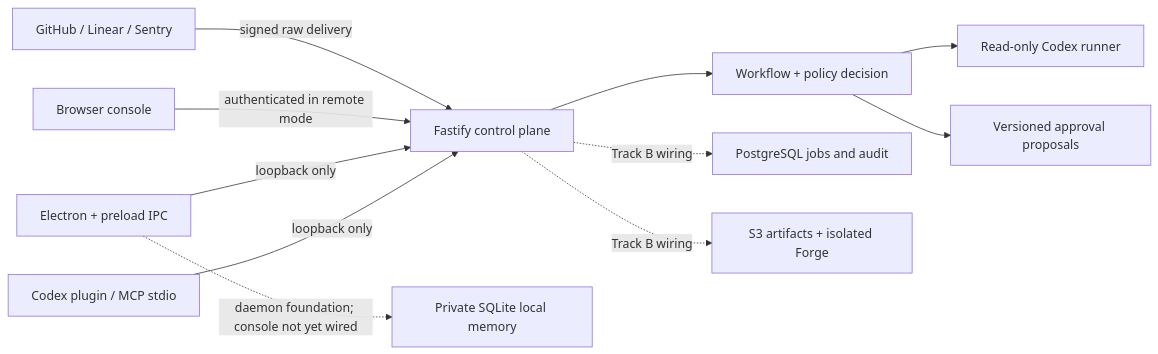
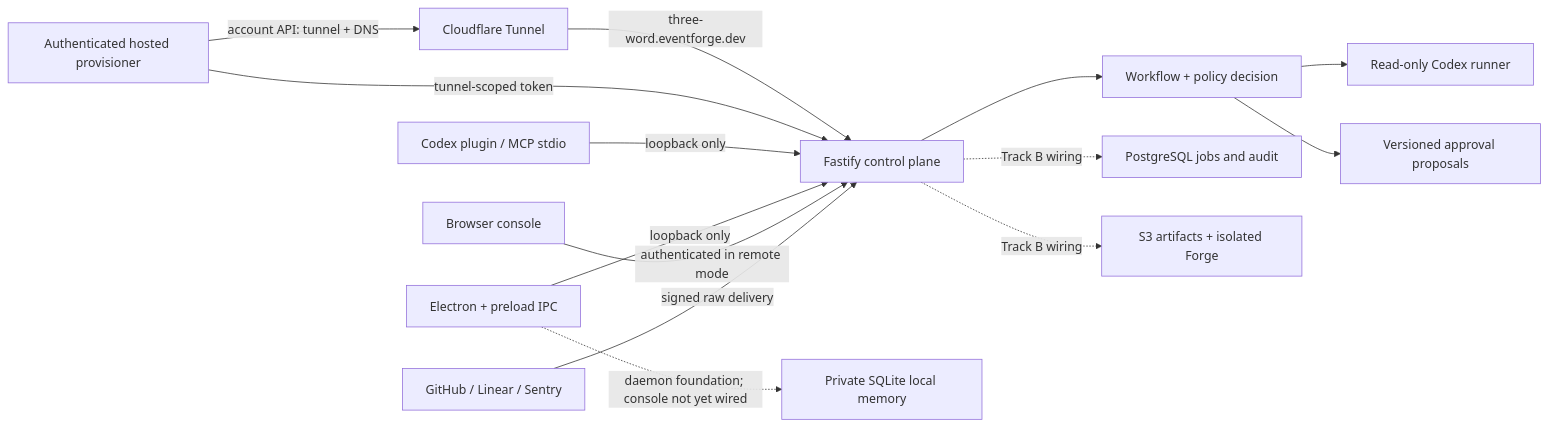
The diagram in workfiles/ARCHITECTURE.md (tebayoso/eventforge), drawn with Mermaid before and after one commit. The commit also changed other lines of this file and 20 other files, not shown here.

````diff
--- a/workfiles/ARCHITECTURE.md
+++ b/workfiles/ARCHITECTURE.md
@@ -5,13 +5,16 @@
 ```mermaid
 flowchart LR
   providers["GitHub / Linear / Sentry"] -->|"signed raw delivery"| relay["Fastify control plane"]
   console["Browser console"] -->|"authenticated in remote mode"| relay
   electron["Electron + preload IPC"] -->|"loopback only"| relay
   codex["Codex plugin / MCP stdio"] -->|"loopback only"| relay
+  provisioner["Authenticated hosted provisioner"] -->|"tunnel-scoped token"| relay
+  provisioner -->|"account API: tunnel + DNS"| cloudflare["Cloudflare Tunnel"]
+  cloudflare -->|"three-word.eventforge.dev"| relay
   relay --> policy["Workflow + policy decision"]
   policy --> runner["Read-only Codex runner"]
   policy --> approvals["Versioned approval proposals"]
   electron -. "daemon foundation; console not yet wired" .-> sqlite["Private SQLite local memory"]
   relay -. "Track B wiring" .-> postgres["PostgreSQL jobs and audit"]
   relay -. "Track B wiring" .-> objectStorage["S3 artifacts + isolated Forge"]
 ```
````
